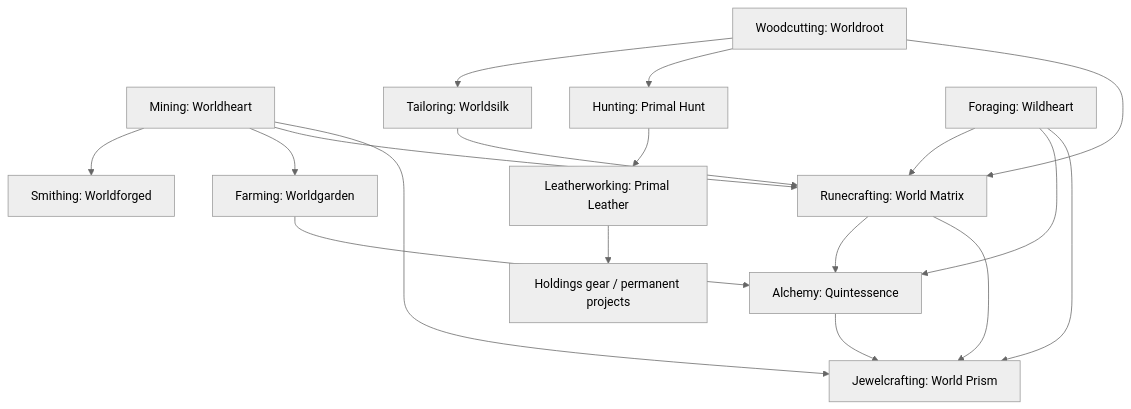
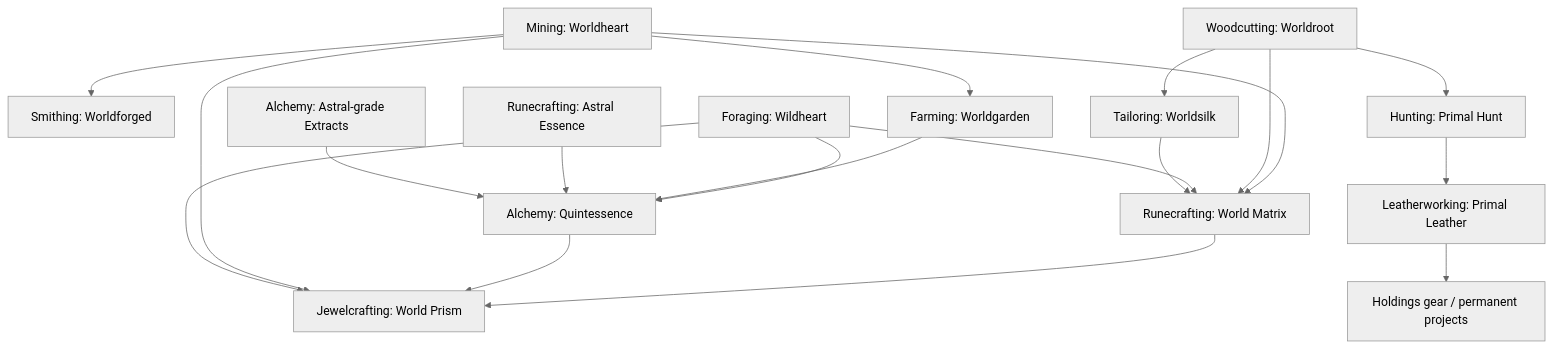
The diagram in Docs/17_ENDGAME_RESOURCE_DAG.md (Deimantx/MX-Idle), drawn with Mermaid (neutral theme) before and after one commit. The commit also changed other lines of this file and 18 other files, not shown here.

````diff
--- a/Docs/17_ENDGAME_RESOURCE_DAG.md
+++ b/Docs/17_ENDGAME_RESOURCE_DAG.md
@@ -7,20 +7,22 @@
 ```mermaid
 flowchart TD
   WH[Mining: Worldheart] --> WF[Smithing: Worldforged]
   WR[Woodcutting: Worldroot] --> WS[Tailoring: Worldsilk]
   WR --> PH[Hunting: Primal Hunt]
   PH --> PL[Leatherworking: Primal Leather]
   PL --> EG[Holdings gear / permanent projects]
   WH --> WG[Farming: Worldgarden]
   WH --> WM[Runecrafting: World Matrix]
   WR --> WM
   WT[Foraging: Wildheart] --> WM
   WS --> WM
-  WM --> Q[Alchemy: Quintessence]
+  Q[Alchemy: Quintessence]
   WT --> Q
   WG --> Q
+  AE[Runecrafting: Astral Essence] --> Q
+  AX[Alchemy: Astral-grade Extracts] --> Q
   WM --> WP[Jewelcrafting: World Prism]
   Q --> WP
   WH --> WP
   WT --> WP
 ```
````
